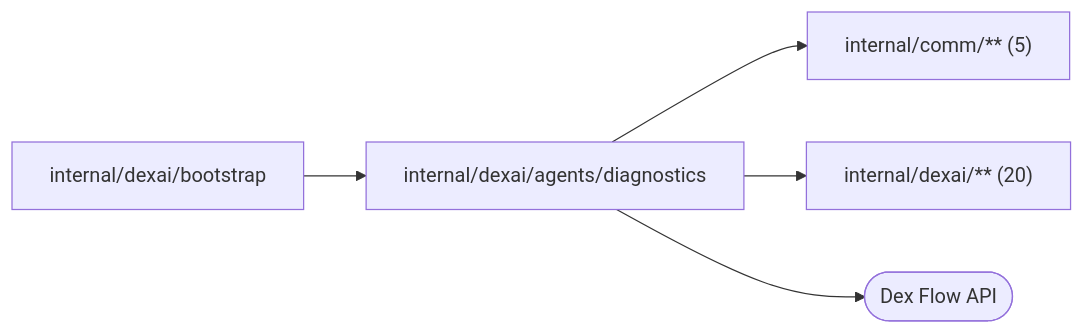
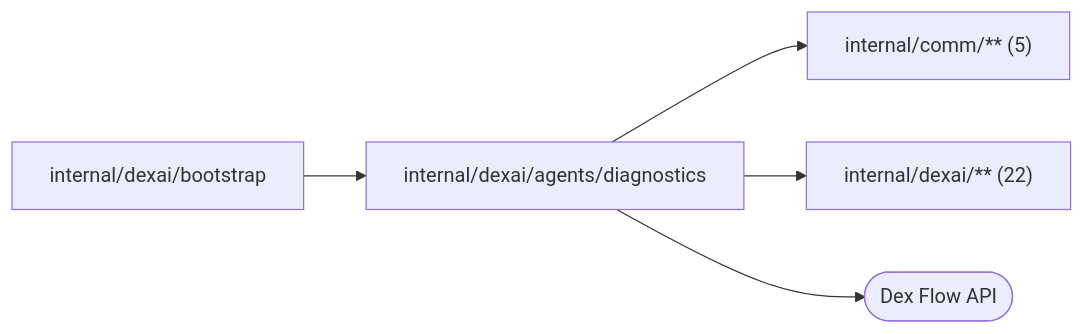
Before and after one commit to superdurable/superverse: the diagram in internal/dexai/agents/diagnostics/README.md, drawn with Mermaid. The commit also changed other lines of this file and 145 other files, not shown here.

````diff
--- a/internal/dexai/agents/diagnostics/README.md
+++ b/internal/dexai/agents/diagnostics/README.md
@@ -10,8 +10,8 @@
 ```mermaid
 flowchart LR
   self["internal/dexai/agents/diagnostics"]
   c0["internal/dexai/bootstrap"] --> self
   self --> d0["internal/comm/** (5)"]
-  self --> d1["internal/dexai/** (20)"]
+  self --> d1["internal/dexai/** (22)"]
   self --> e0(["Dex Flow API"])
 ```
````
